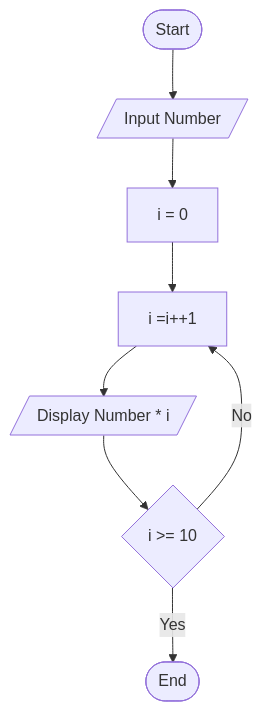
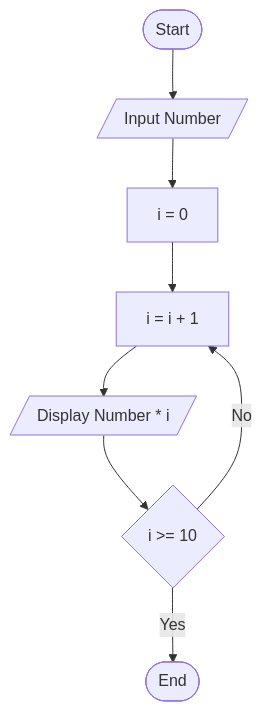
Before and after one commit to AbdiNur92/algorithm-flowchart-workshop: the third of 10 diagrams in README.md, drawn with Mermaid. The commit also changed other lines of this file, not shown here.

````diff
--- a/README.md
+++ b/README.md
@@ -82,10 +82,10 @@
 ```mermaid
 flowchart TD
     A([Start]) --> B[/Input Number/]
     B --> C[i = 0]
-    C --> D[i =i++1]
+    C --> D[i = i + 1]
     D --> E[/Display Number * i/]
     E --> F{"i >= 10"}
     F -->|Yes| G([End])
     F -->|No| D
 ```
````
